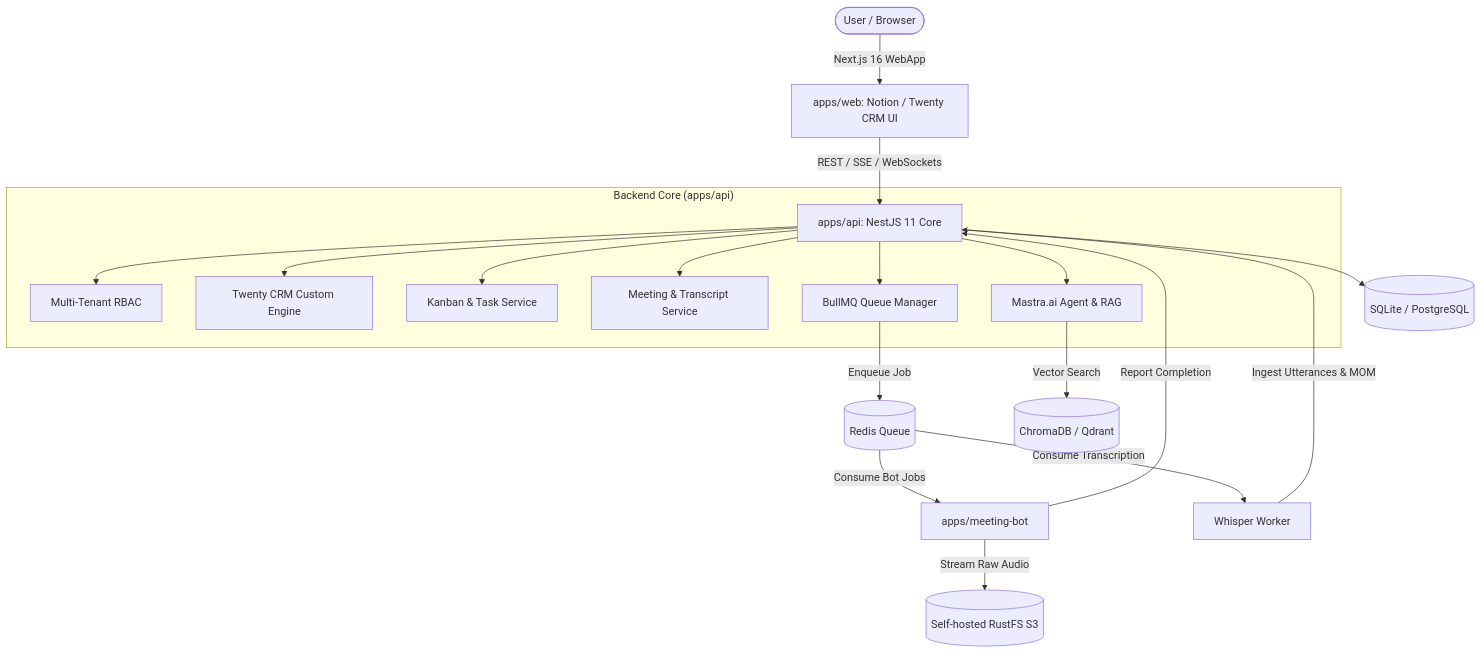
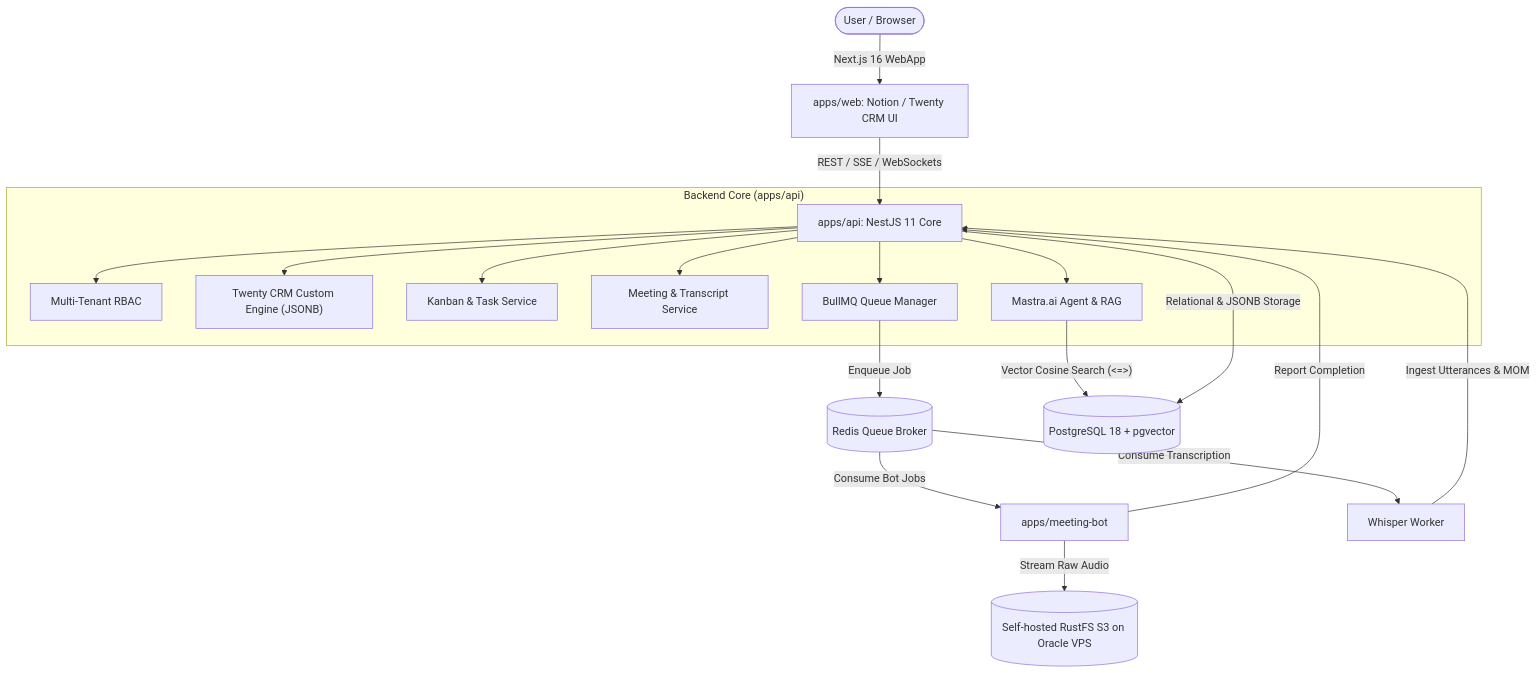
One commit to Gyaanendra/kara changed the diagram in README.md. Above: the diagram before and after it, drawn with Mermaid. The commit also changed other lines of this file and 7 other files, not shown here.

Commit message:
docs: add comprehensive system architecture, database setup, and RAG documentation

````diff
--- a/README.md
+++ b/README.md
@@ -41,24 +44,24 @@
 ```mermaid
 graph TD
     User(["User / Browser"]) -->|"Next.js 16 WebApp"| Web["apps/web: Notion / Twenty CRM UI"]
     Web -->|"REST / SSE / WebSockets"| API["apps/api: NestJS 11 Core"]
 
     subgraph Backend_Core ["Backend Core (apps/api)"]
         API --> Auth["Multi-Tenant RBAC"]
-        API --> CRM["Twenty CRM Custom Engine"]
+        API --> CRM["Twenty CRM Custom Engine (JSONB)"]
         API --> Tasks["Kanban & Task Service"]
         API --> Meetings["Meeting & Transcript Service"]
         API --> MastraService["Mastra.ai Agent & RAG"]
         API --> QueueProducer["BullMQ Queue Manager"]
     end
 
-    QueueProducer -->|"Enqueue Job"| Redis[("Redis Queue")]
+    QueueProducer -->|"Enqueue Job"| Redis[("Redis Queue Broker")]
     Redis -->|"Consume Bot Jobs"| Bot["apps/meeting-bot"]
-    Bot -->|"Stream Raw Audio"| RustFS[("Self-hosted RustFS S3")]
+    Bot -->|"Stream Raw Audio"| RustFS[("Self-hosted RustFS S3 on Oracle VPS")]
     Bot -->|"Report Completion"| API
 
     Redis -->|"Consume Transcription"| Worker["Whisper Worker"]
     Worker -->|"Ingest Utterances & MOM"| API
-    MastraService -->|"Vector Search"| VectorDB[("ChromaDB / Qdrant")]
-    API --> PrimaryDB[("SQLite / PostgreSQL")]
+    MastraService -->|"Vector Cosine Search (<=>)"| PostgresDB[("PostgreSQL 18 + pgvector")]
+    API -->|"Relational & JSONB Storage"| PostgresDB
 ```
````
